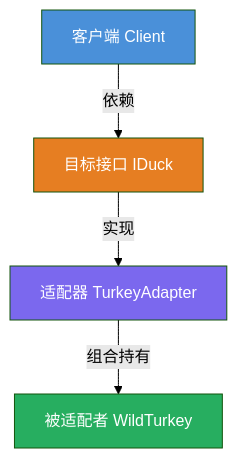
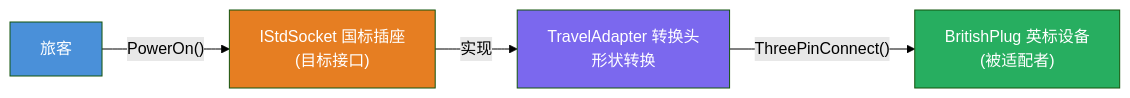
The second of 3 diagrams in AdapterPattern/README.md (hollson/design_patterns), drawn with Mermaid (forest theme) before and after one commit. The commit also changed other lines of this file and 14 other files, not shown here.

Commit message:
Optimize AdapterPattern: power-adapter + payment-gateway demos

````diff
--- a/AdapterPattern/README.md
+++ b/AdapterPattern/README.md
@@ -27,11 +101,11 @@
 ```mermaid
-flowchart TD
-    A["客户端 Client"] -->|"依赖"| B["目标接口 IDuck"]
-    B -->|"实现"| C["适配器 TurkeyAdapter"]
-    C -->|"组合持有"| D["被适配者 WildTurkey"]
+flowchart LR
+    P["旅客"] -->|"PowerOn()"| S["IStdSocket 国标插座<br/>(目标接口)"]
+    S -->|"实现"| A["TravelAdapter 转换头<br/>形状转换"]
+    A -->|"ThreePinConnect()"| B["BritishPlug 英标设备<br/>(被适配者)"]
 
-    style A fill:#4A90D9,color:#fff
-    style B fill:#E67E22,color:#fff
-    style C fill:#7B68EE,color:#fff
-    style D fill:#27AE60,color:#fff
+    style P fill:#4A90D9,color:#fff
+    style S fill:#E67E22,color:#fff
+    style A fill:#7B68EE,color:#fff
+    style B fill:#27AE60,color:#fff
 ```
````
